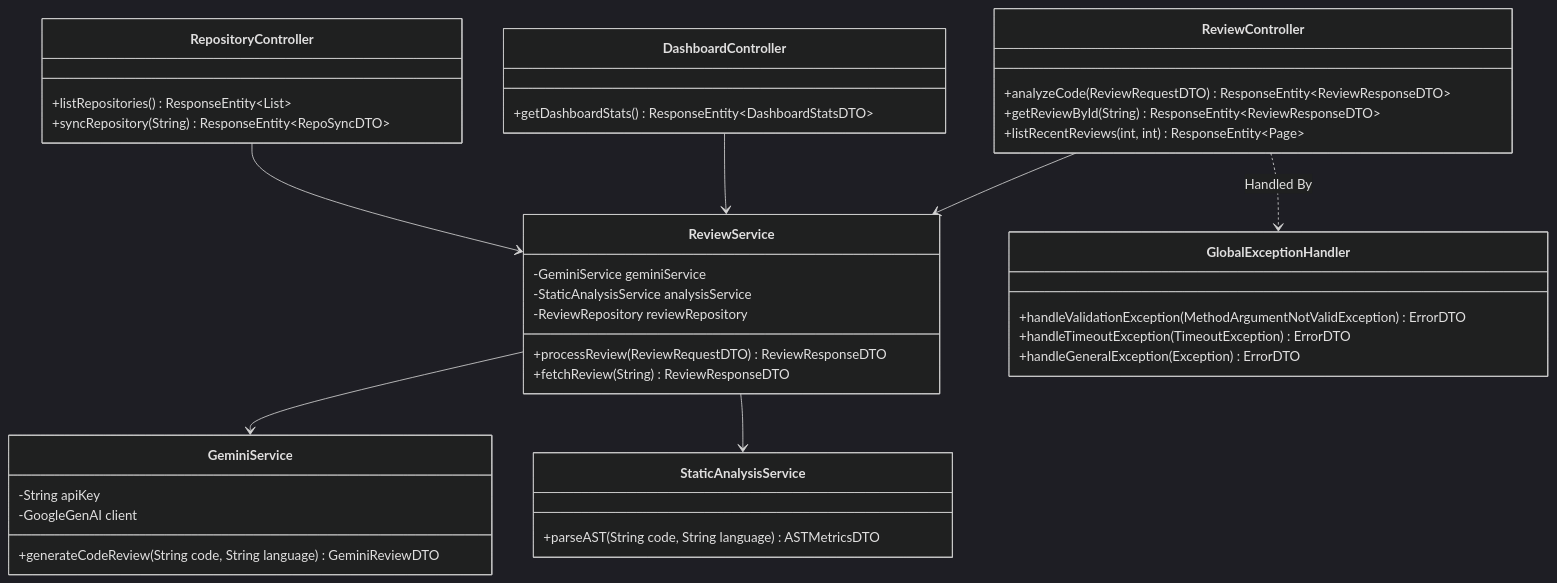
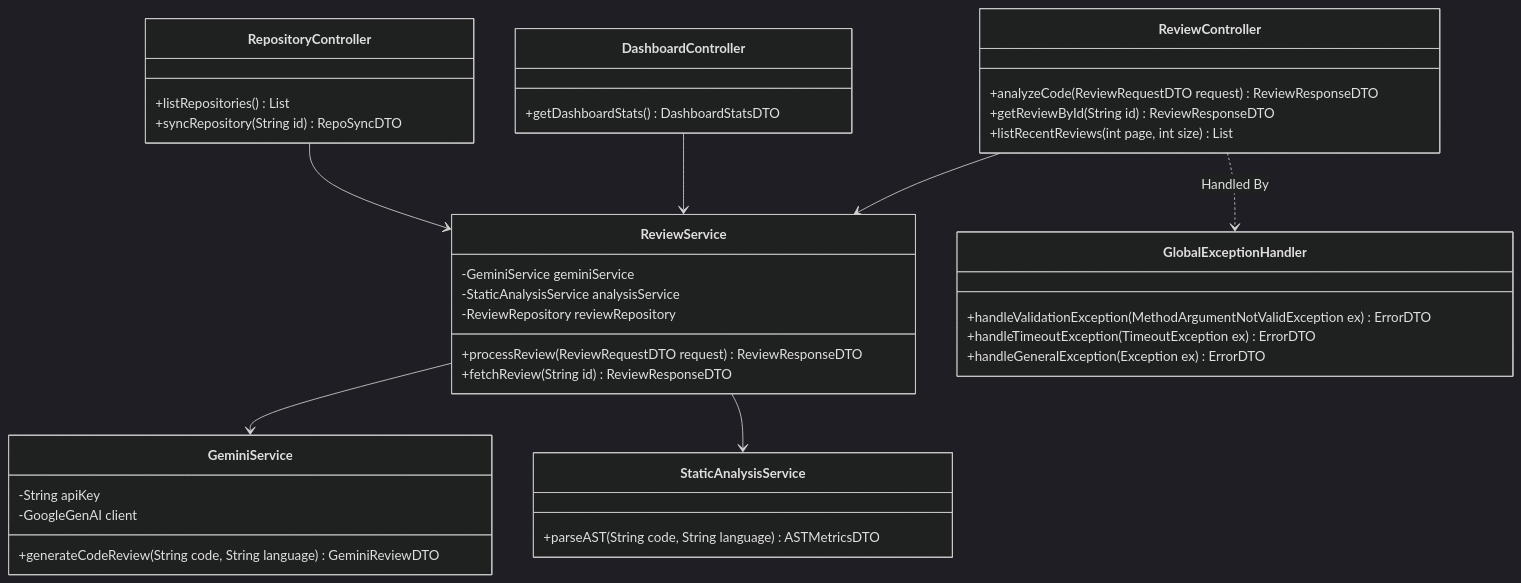
One commit to Raj-Panwar/AICode-Reviewer changed the eighth of 11 diagrams in README.md. Above: the diagram before and after it, drawn with Mermaid (dark theme). The commit also changed other lines of this file, not shown here.

First line of the commit message:
docs: update flowchart labels in README

````diff
--- a/README.md
+++ b/README.md
@@ -557,48 +557,48 @@
 ```mermaid
 classDiagram
     class ReviewController {
-        +analyzeCode(ReviewRequestDTO) ResponseEntity~ReviewResponseDTO~
-        +getReviewById(String) ResponseEntity~ReviewResponseDTO~
-        +listRecentReviews(int, int) ResponseEntity~Page~
+        +analyzeCode(ReviewRequestDTO request) ReviewResponseDTO
+        +getReviewById(String id) ReviewResponseDTO
+        +listRecentReviews(int page, int size) List
     }
 
     class DashboardController {
-        +getDashboardStats() ResponseEntity~DashboardStatsDTO~
+        +getDashboardStats() DashboardStatsDTO
     }
 
     class RepositoryController {
-        +listRepositories() ResponseEntity~List~
-        +syncRepository(String) ResponseEntity~RepoSyncDTO~
+        +listRepositories() List
+        +syncRepository(String id) RepoSyncDTO
     }
 
     class ReviewService {
         -GeminiService geminiService
         -StaticAnalysisService analysisService
         -ReviewRepository reviewRepository
-        +processReview(ReviewRequestDTO) ReviewResponseDTO
-        +fetchReview(String) ReviewResponseDTO
+        +processReview(ReviewRequestDTO request) ReviewResponseDTO
+        +fetchReview(String id) ReviewResponseDTO
     }
 
     class GeminiService {
         -String apiKey
         -GoogleGenAI client
         +generateCodeReview(String code, String language) GeminiReviewDTO
     }
 
     class StaticAnalysisService {
         +parseAST(String code, String language) ASTMetricsDTO
     }
 
     class GlobalExceptionHandler {
-        +handleValidationException(MethodArgumentNotValidException) ErrorDTO
-        +handleTimeoutException(TimeoutException) ErrorDTO
-        +handleGeneralException(Exception) ErrorDTO
+        +handleValidationException(MethodArgumentNotValidException ex) ErrorDTO
+        +handleTimeoutException(TimeoutException ex) ErrorDTO
+        +handleGeneralException(Exception ex) ErrorDTO
     }
 
     ReviewController --> ReviewService
     DashboardController --> ReviewService
     RepositoryController --> ReviewService
     ReviewService --> GeminiService
     ReviewService --> StaticAnalysisService
     ReviewController ..> GlobalExceptionHandler : Handled By
 ```
````
